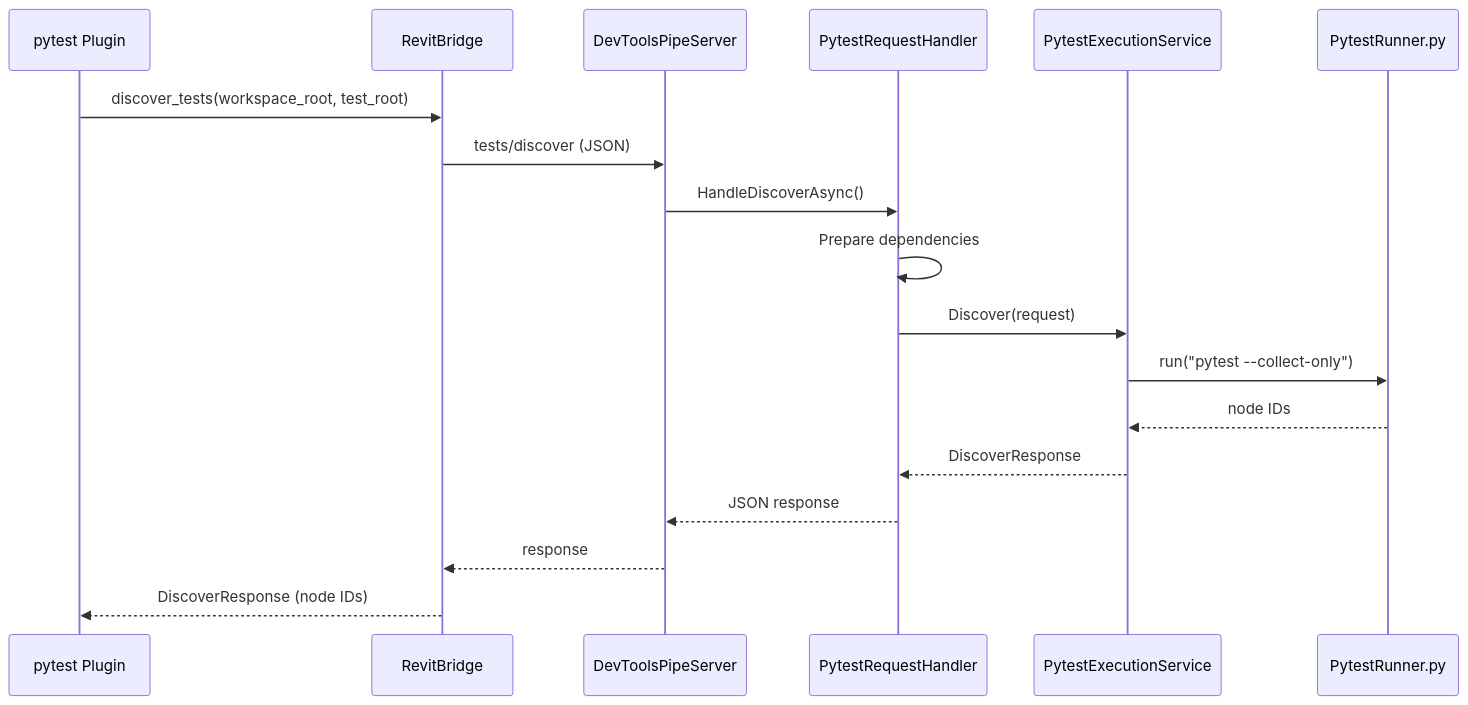
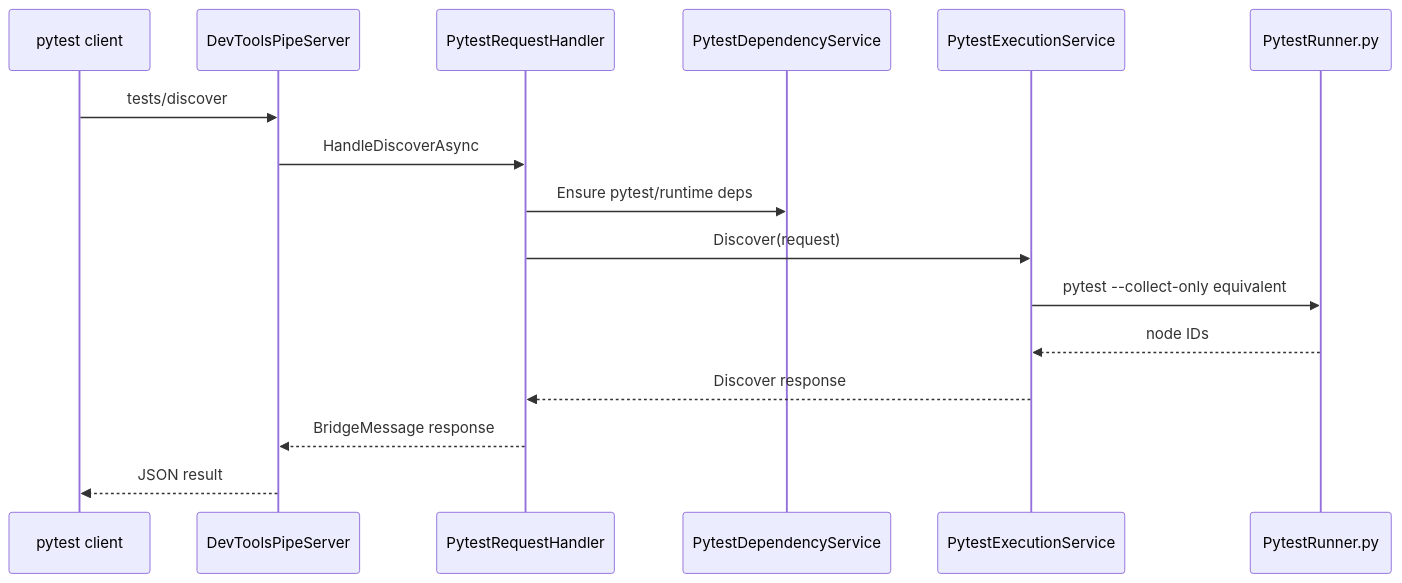
The second of 3 diagrams in docs/PyTest/README.md (trgiangv/RevitDevTool), drawn with Mermaid before and after one commit. The commit also changed other lines of this file and 62 other files, not shown here.

First line of the commit message:
docs(agents): update documentation for module architecture and execution system

````diff
--- a/docs/PyTest/README.md
+++ b/docs/PyTest/README.md
@@ -71,21 +69,19 @@
 ```mermaid
 sequenceDiagram
-    participant Plugin as pytest Plugin
-    participant Bridge as RevitBridge
+    participant Client as pytest client
     participant Pipe as DevToolsPipeServer
     participant Handler as PytestRequestHandler
+    participant Deps as PytestDependencyService
     participant Exec as PytestExecutionService
-    participant Python as PytestRunner.py
+    participant Runner as PytestRunner.py
 
-    Plugin->>Bridge: discover_tests(workspace_root, test_root)
-    Bridge->>Pipe: tests/discover (JSON)
-    Pipe->>Handler: HandleDiscoverAsync()
-    Handler->>Handler: Prepare dependencies
+    Client->>Pipe: tests/discover
+    Pipe->>Handler: HandleDiscoverAsync
+    Handler->>Deps: Ensure pytest/runtime deps
     Handler->>Exec: Discover(request)
-    Exec->>Python: run("pytest --collect-only")
-    Python-->>Exec: node IDs
-    Exec-->>Handler: DiscoverResponse
-    Handler-->>Pipe: JSON response
-    Pipe-->>Bridge: response
-    Bridge-->>Plugin: DiscoverResponse (node IDs)
+    Exec->>Runner: pytest --collect-only equivalent
+    Runner-->>Exec: node IDs
+    Exec-->>Handler: Discover response
+    Handler-->>Pipe: BridgeMessage response
+    Pipe-->>Client: JSON result
 ```
````
